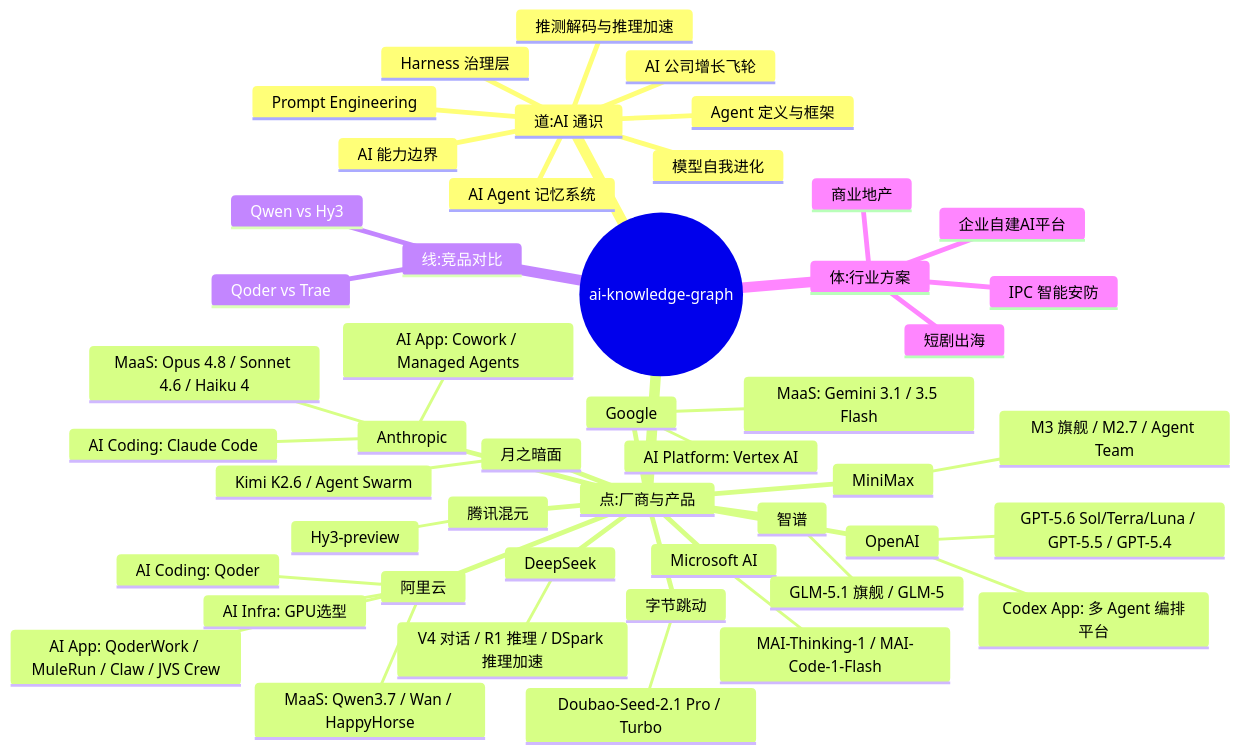
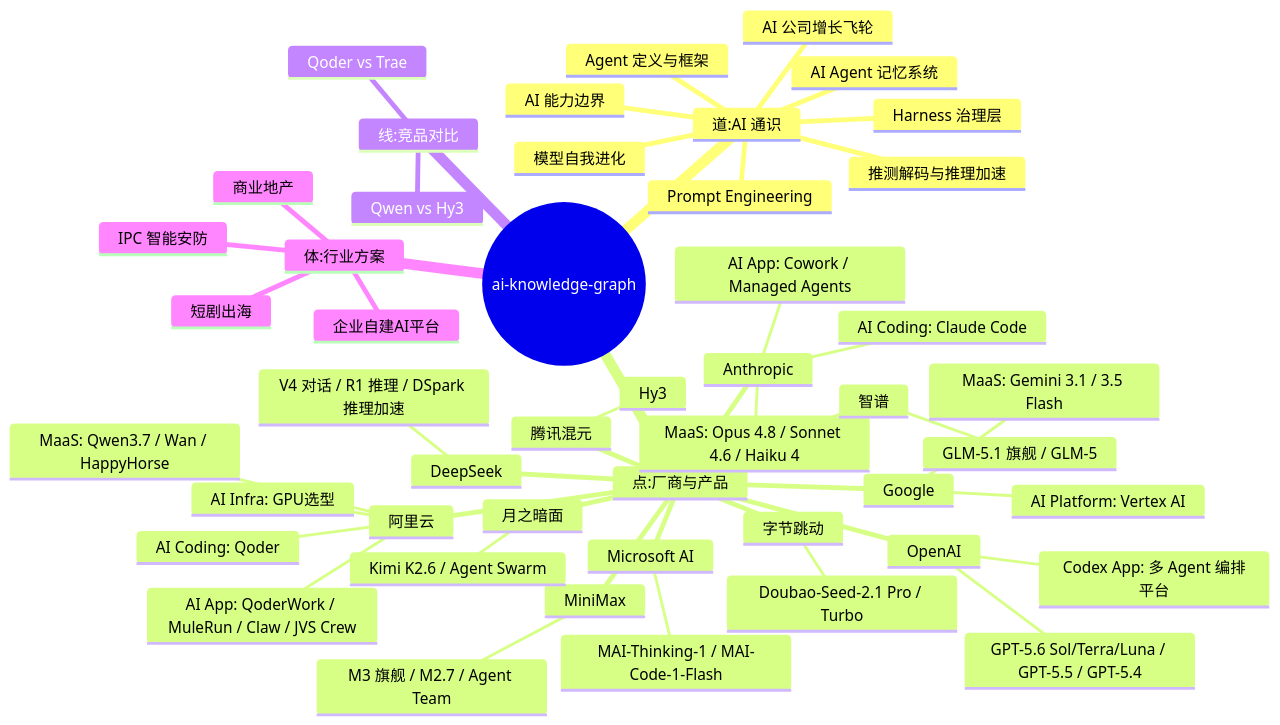
One commit to EthanNiWorld/ai-playbook-2026 changed the first of 2 diagrams in README.md. Above: the diagram before and after it, drawn with Mermaid. The commit also changed other lines of this file and 80 other files, not shown here.

````diff
--- a/README.md
+++ b/README.md
@@ -140,51 +140,51 @@
 ```mermaid
 mindmap
   root((ai-knowledge-graph))
     道:AI 通识
       Agent 定义与框架
       Harness 治理层
       Prompt Engineering
       AI 能力边界
       模型自我进化
       AI Agent 记忆系统
       AI 公司增长飞轮
       推测解码与推理加速
     点:厂商与产品
       阿里云
         MaaS: Qwen3.7 / Wan / HappyHorse
         AI Coding: Qoder
         AI App: QoderWork / MuleRun / Claw / JVS Crew
         AI Infra: GPU选型
       Google
         MaaS: Gemini 3.1 / 3.5 Flash
         AI Platform: Vertex AI
       Anthropic
         MaaS: Opus 4.8 / Sonnet 4.6 / Haiku 4
         AI Coding: Claude Code
         AI App: Cowork / Managed Agents
       MiniMax
         M3 旗舰 / M2.7 / Agent Team
       DeepSeek
         V4 对话 / R1 推理 / DSpark 推理加速
       OpenAI
         GPT-5.6 Sol/Terra/Luna / GPT-5.5 / GPT-5.4
         Codex App: 多 Agent 编排平台
       Microsoft AI
         MAI-Thinking-1 / MAI-Code-1-Flash
       智谱
         GLM-5.1 旗舰 / GLM-5
       月之暗面
         Kimi K2.6 / Agent Swarm
       字节跳动
         Doubao-Seed-2.1 Pro / Turbo
       腾讯混元
-        Hy3-preview
+        Hy3
     线:竞品对比
       Qoder vs Trae
       Qwen vs Hy3
     体:行业方案
       IPC 智能安防
       短剧出海
       商业地产
       企业自建AI平台
 ```
````
